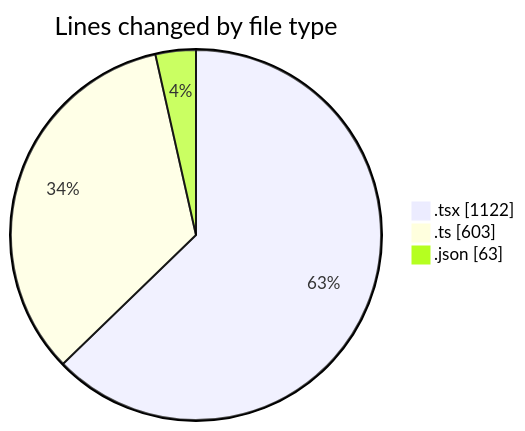
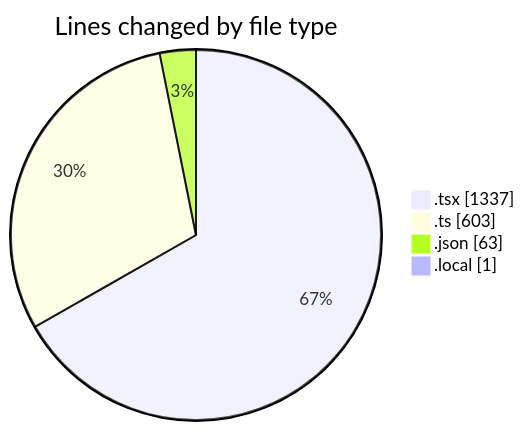
Before and after one commit to julien-gomy/code-tracking: the first of 2 diagrams in 2025-10-21/eventscop-frontend-guide__workspace_/README.md, drawn with Mermaid. The commit also changed other lines of this file and 1 other file, not shown here.

````diff
--- a/2025-10-21/eventscop-frontend-guide__workspace_/README.md
+++ b/2025-10-21/eventscop-frontend-guide__workspace_/README.md
@@ -39,7 +42,8 @@
 ```mermaid
 pie showData
 title Lines changed by file type
-".tsx" : 1122
+".tsx" : 1337
 ".ts" : 603
 ".json" : 63
+".local" : 1
 ```
````
